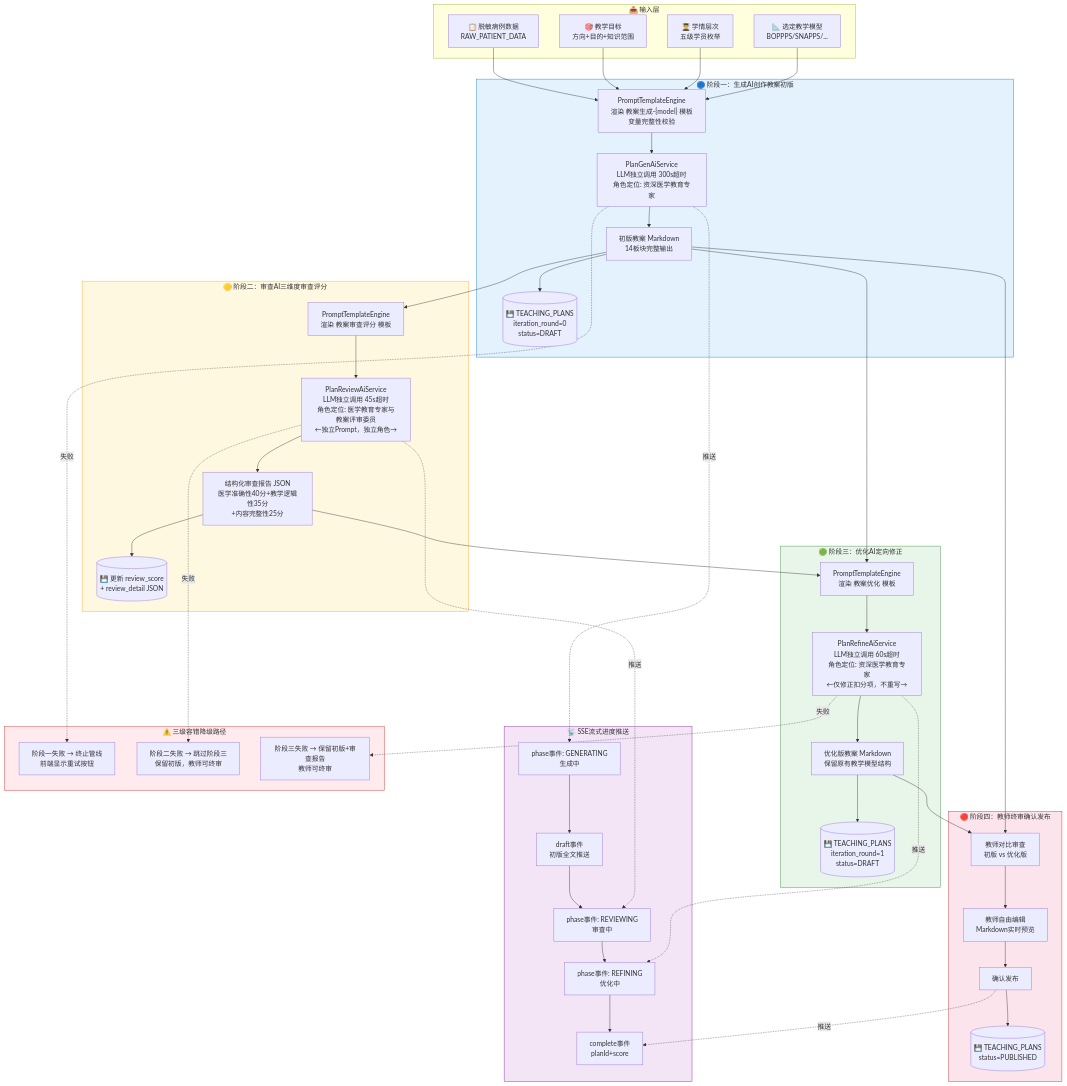
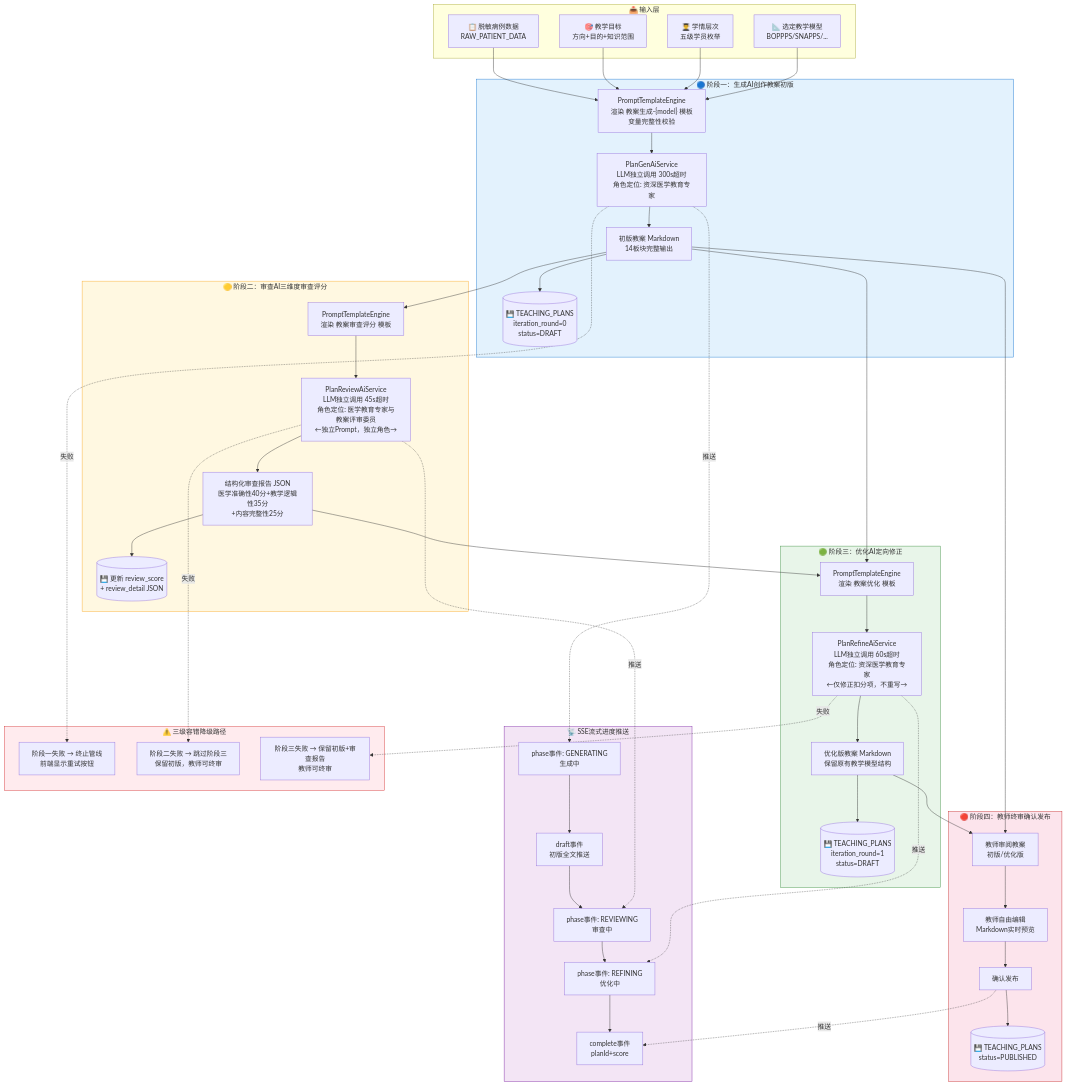
One commit to liuzh2008/med_ai_assistant_workspace changed the second of 6 diagrams in 项目相关/软件著作权/专利申请/专利申请技术交底书-AI双角色生成与审查的医学教案质量保障.md. Above: the diagram before and after it, drawn with Mermaid. The commit also changed other lines of this file and 6 other files, not shown here.

````diff
--- a/项目相关/软件著作权/专利申请/专利申请技术交底书-AI双角色生成与审查的医学教案质量保障.md
+++ b/项目相关/软件著作权/专利申请/专利申请技术交底书-AI双角色生成与审查的医学教案质量保障.md
@@ -114,71 +118,71 @@
 ```mermaid
 flowchart TB
     subgraph 输入层["📥 输入层"]
         IN1["📋 脱敏病例数据<br/>RAW_PATIENT_DATA"]
         IN2["🎯 教学目标<br/>方向+目的+知识范围"]
         IN3["👨‍🎓 学情层次<br/>五级学员枚举"]
         IN4["📐 选定教学模型<br/>BOPPPS/SNAPPS/..."]
     end
 
     subgraph 阶段一["🔵 阶段一：生成AI创作教案初版"]
         S1A["PromptTemplateEngine<br/>渲染 教案生成-{model} 模板<br/>变量完整性校验"]
         S1B["PlanGenAiService<br/>LLM独立调用 300s超时<br/>角色定位: 资深医学教育专家"]
         S1C["初版教案 Markdown<br/>14板块完整输出"]
         S1D[("💾 TEACHING_PLANS<br/>iteration_round=0<br/>status=DRAFT")]
         IN1 & IN2 & IN3 & IN4 --> S1A --> S1B --> S1C --> S1D
     end
 
     subgraph 阶段二["🟡 阶段二：审查AI三维度审查评分"]
         S2A["PromptTemplateEngine<br/>渲染 教案审查评分 模板"]
         S2B["PlanReviewAiService<br/>LLM独立调用 45s超时<br/>角色定位: 医学教育专家与教案评审委员<br/>←独立Prompt，独立角色→"]
         S2C["结构化审查报告 JSON<br/>医学准确性40分+教学逻辑性35分<br/>+内容完整性25分"]
         S2D[("💾 更新 review_score<br/>+ review_detail JSON")]
         S1C --> S2A --> S2B --> S2C --> S2D
     end
 
     subgraph 阶段三["🟢 阶段三：优化AI定向修正"]
         S3A["PromptTemplateEngine<br/>渲染 教案优化 模板"]
         S3B["PlanRefineAiService<br/>LLM独立调用 60s超时<br/>角色定位: 资深医学教育专家<br/>←仅修正扣分项，不重写→"]
         S3C["优化版教案 Markdown<br/>保留原有教学模型结构"]
         S3D[("💾 TEACHING_PLANS<br/>iteration_round=1<br/>status=DRAFT")]
         S1C & S2C --> S3A --> S3B --> S3C --> S3D
     end
 
     subgraph 阶段四["🔴 阶段四：教师终审确认发布"]
-        S4A["教师对比审查<br/>初版 vs 优化版"]
+        S4A["教师审阅教案<br/>初版/优化版"]
         S4B["教师自由编辑<br/>Markdown实时预览"]
         S4C["确认发布"]
         S4D[("💾 TEACHING_PLANS<br/>status=PUBLISHED")]
         S1C & S3C --> S4A --> S4B --> S4C --> S4D
     end
 
     subgraph SSE["📡 SSE流式进度推送"]
         SSE1["phase事件: GENERATING<br/>生成中"]
         SSE_D["draft事件<br/>初版全文推送"]
         SSE2["phase事件: REVIEWING<br/>审查中"]
         SSE3["phase事件: REFINING<br/>优化中"]
         SSE4["complete事件<br/>planId+score"]
         SSE1 --> SSE_D --> SSE2 --> SSE3 --> SSE4
     end
 
     S1B -.->|推送| SSE1
     S2B -.->|推送| SSE2
     S3B -.->|推送| SSE3
     S4C -.->|推送| SSE4
 
     subgraph 降级["⚠️ 三级容错降级路径"]
         G1["阶段一失败 → 终止管线<br/>前端显示重试按钮"]
         G2["阶段二失败 → 跳过阶段三<br/>保留初版，教师可终审"]
         G3["阶段三失败 → 保留初版+审查报告<br/>教师可终审"]
         S1B -.->|失败| G1
         S2B -.->|失败| G2
         S3B -.->|失败| G3
     end
 
     style 阶段一 fill:#e3f2fd,stroke:#1976d2
     style 阶段二 fill:#fff8e1,stroke:#f9a825
     style 阶段三 fill:#e8f5e9,stroke:#388e3c
     style 阶段四 fill:#fce4ec,stroke:#c62828
     style 降级 fill:#ffebee,stroke:#d32f2f
     style SSE fill:#f3e5f5,stroke:#7b1fa2
 ```
````
